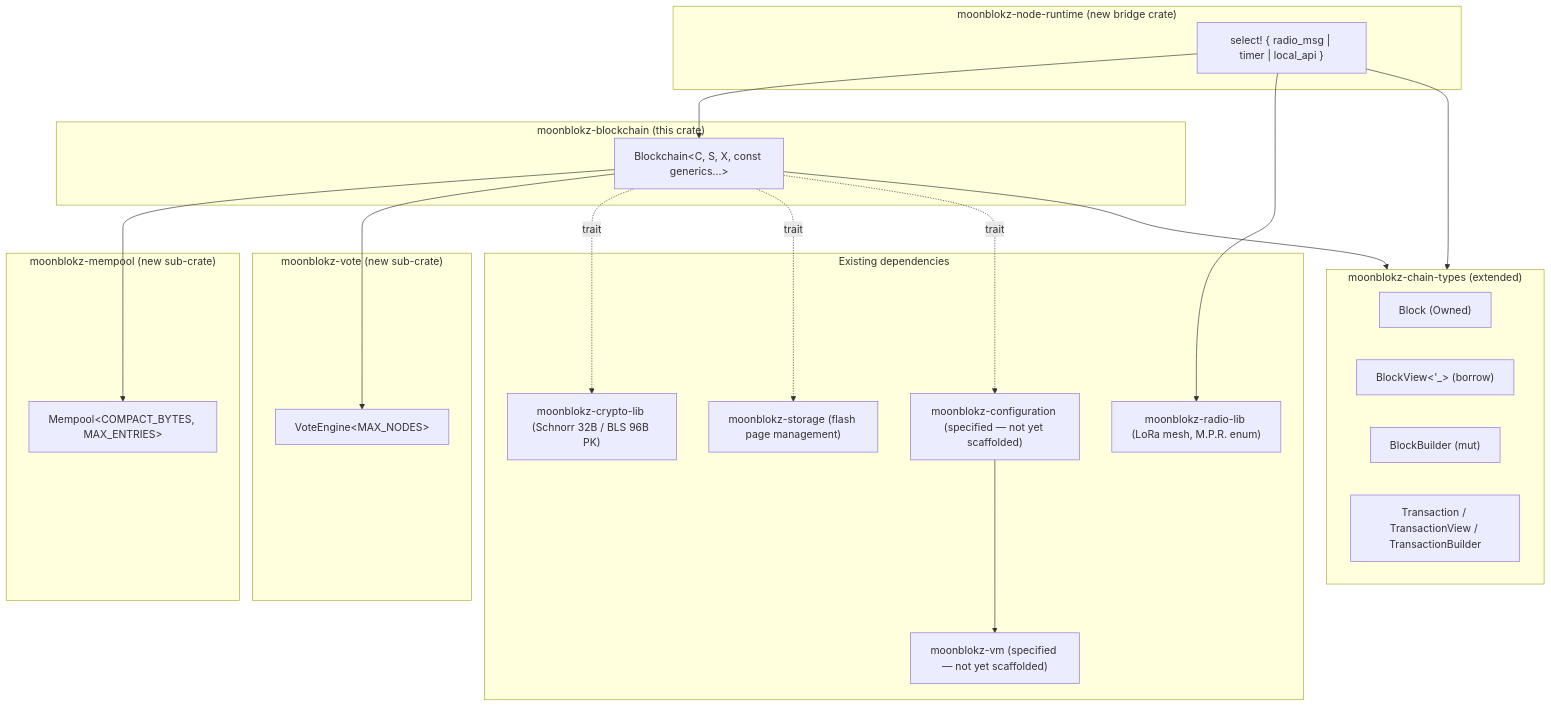
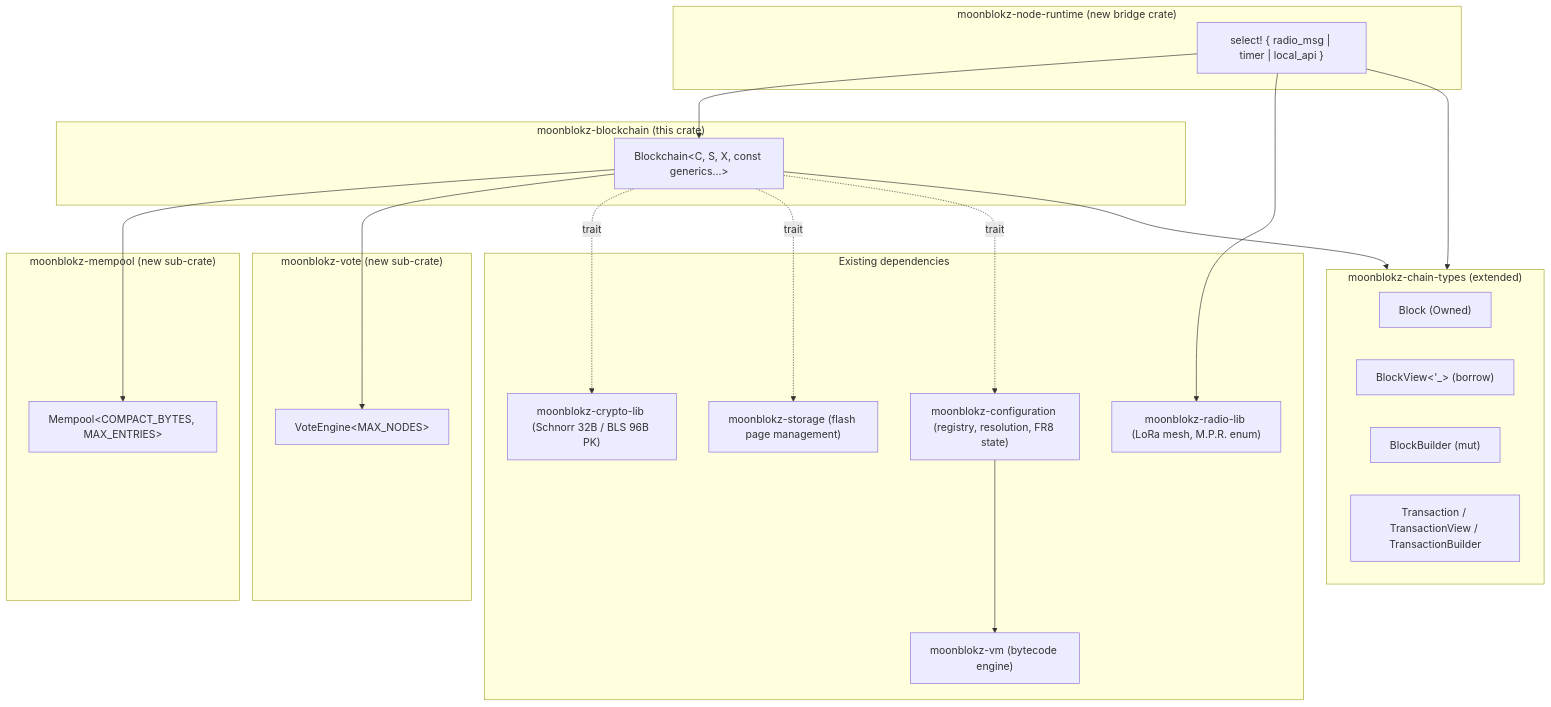
The first of 3 diagrams in moonblokz-blockchain-architecture.md (petersallai/moonblokz-info), drawn with Mermaid before and after one commit. The commit also changed other lines of this file and 2 other files, not shown here.

First line of the commit message:
docs(kb): reconcile the configuration surface with what shipped

````diff
--- a/moonblokz-blockchain-architecture.md
+++ b/moonblokz-blockchain-architecture.md
@@ -118,39 +118,39 @@
 ```mermaid
 graph TB
     subgraph ChainLib["moonblokz-blockchain (this crate)"]
         BC["Blockchain&lt;C, S, X, const generics...&gt;"]
     end
     subgraph Mempool["moonblokz-mempool (new sub-crate)"]
         MP["Mempool&lt;COMPACT_BYTES, MAX_ENTRIES&gt;"]
     end
     subgraph Vote["moonblokz-vote (new sub-crate)"]
         VE["VoteEngine&lt;MAX_NODES&gt;"]
     end
     subgraph Runtime["moonblokz-node-runtime (new bridge crate)"]
         BR["select! { radio_msg | timer | local_api }"]
     end
     subgraph Types["moonblokz-chain-types (extended)"]
         T1["Block (Owned)"]
         T2["BlockView&lt;'_&gt; (borrow)"]
         T3["BlockBuilder (mut)"]
         T4["Transaction / TransactionView / TransactionBuilder"]
     end
     subgraph Existing["Existing dependencies"]
         Crypto["moonblokz-crypto-lib (Schnorr 32B / BLS 96B PK)"]
         Storage["moonblokz-storage (flash page management)"]
         Radio["moonblokz-radio-lib (LoRa mesh, M.P.R. enum)"]
-        Config["moonblokz-configuration (specified — not yet scaffolded)"]
-        Vm["moonblokz-vm (specified — not yet scaffolded)"]
+        Config["moonblokz-configuration (registry, resolution, FR8 state)"]
+        Vm["moonblokz-vm (bytecode engine)"]
     end
 
     BC --> MP
     BC --> VE
     BC --> Types
     BC -.trait.-> Crypto
     BC -.trait.-> Storage
     BC -.trait.-> Config
     Config --> Vm
     BR --> BC
     BR --> Radio
     BR --> Types
 ```
````
